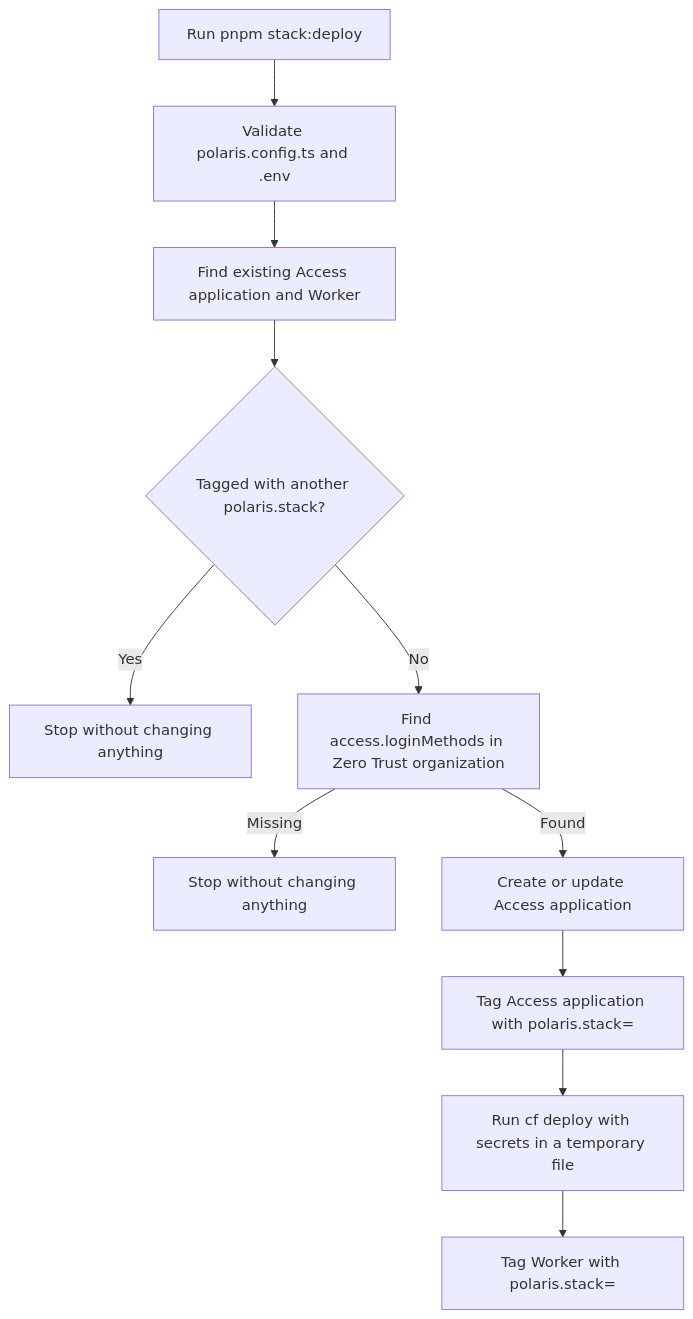
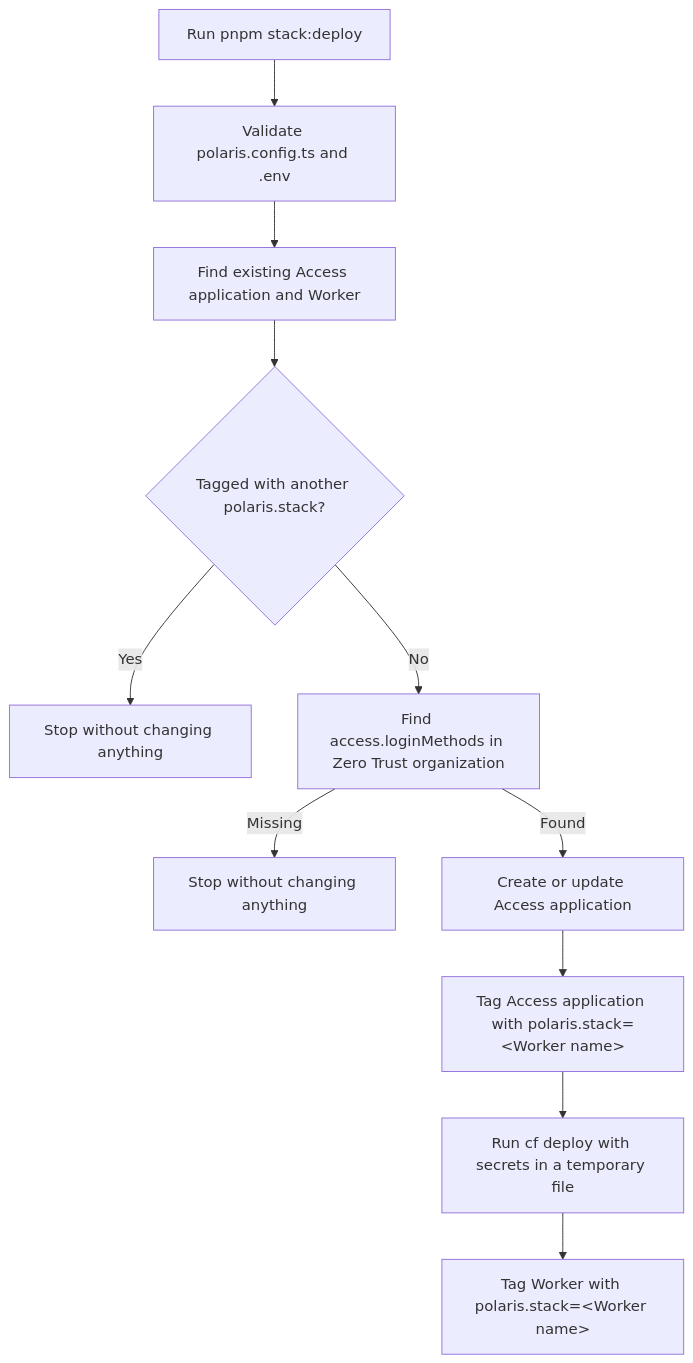
The second of 2 diagrams in README.md (etak64n/polaris), drawn with Mermaid before and after one commit. The commit also changed other lines of this file, not shown here.

Commit message:
Keep the angle brackets of the README diagrams

````diff
--- a/README.md
+++ b/README.md
@@ -228,13 +228,13 @@
 ```mermaid
 flowchart TD
   Start["Run pnpm stack:deploy"] --> Validate["Validate polaris.config.ts and .env"]
   Validate --> FindExisting["Find existing Access application and Worker"]
   FindExisting --> CheckTag{"Tagged with another polaris.stack?"}
   CheckTag -->|"Yes"| StopTag["Stop without changing anything"]
   CheckTag -->|"No"| CheckIdp["Find access.loginMethods in Zero Trust organization"]
   CheckIdp -->|"Missing"| StopIdp["Stop without changing anything"]
   CheckIdp -->|"Found"| UpsertAccess["Create or update Access application"]
-  UpsertAccess --> TagAccess["Tag Access application with polaris.stack=<Worker name>"]
+  UpsertAccess --> TagAccess["Tag Access application with polaris.stack=#60;Worker name#62;"]
   TagAccess --> DeployWorker["Run cf deploy with secrets in a temporary file"]
-  DeployWorker --> TagWorker["Tag Worker with polaris.stack=<Worker name>"]
+  DeployWorker --> TagWorker["Tag Worker with polaris.stack=#60;Worker name#62;"]
 ```
````
